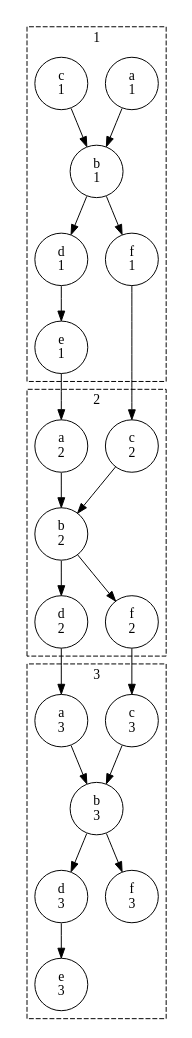
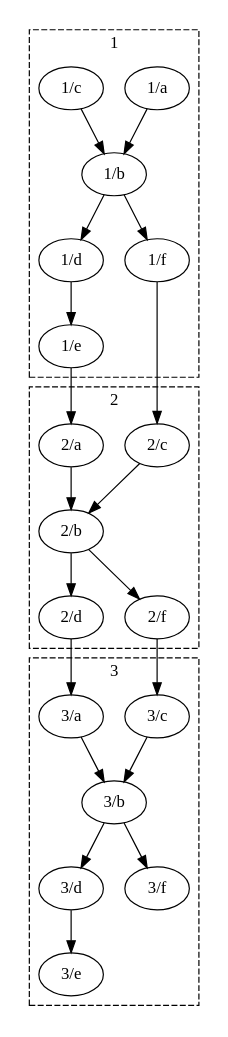
Before and after one commit to cylc/cylc-doc: the fourth of 4 diagrams in src/tutorial/scheduling/integer-cycling.rst, drawn with Graphviz. The commit also changed other lines of this file, not shown here.

```diff
--- a/src/tutorial/scheduling/integer-cycling.rst
+++ b/src/tutorial/scheduling/integer-cycling.rst
@@ -524,51 +524,51 @@
       .. digraph:: example
         :align: center
 
          size = "4.5,7"
 
          subgraph cluster_1 {
              label = 1
              style = dashed
-             "1/a" [label="a\n1"]
-             "1/b" [label="b\n1"]
-             "1/d" [label="d\n1"]
-             "1/f" [label="f\n1"]
-             "1/c" [label="c\n1"]
-             "1/e" [label="e\n1"]
+             "1/a" [label="1/a"]
+             "1/b" [label="1/b"]
+             "1/d" [label="1/d"]
+             "1/f" [label="1/f"]
+             "1/c" [label="1/c"]
+             "1/e" [label="1/e"]
          }
 
          subgraph cluster_2 {
              label = 2
              style = dashed
-             "2/a" [label="a\n2"]
-             "2/b" [label="b\n2"]
-             "2/d" [label="d\n2"]
-             "2/f" [label="f\n2"]
-             "2/c" [label="c\n2"]
+             "2/a" [label="2/a"]
+             "2/b" [label="2/b"]
+             "2/d" [label="2/d"]
+             "2/f" [label="2/f"]
+             "2/c" [label="2/c"]
          }
 
          subgraph cluster_3 {
              label = 3
              style = dashed
-             "3/a" [label="a\n3"]
-             "3/b" [label="b\n3"]
-             "3/d" [label="d\n3"]
-             "3/f" [label="f\n3"]
-             "3/c" [label="c\n3"]
-             "3/e" [label="e\n3"]
+             "3/a" [label="3/a"]
+             "3/b" [label="3/b"]
+             "3/d" [label="3/d"]
+             "3/f" [label="3/f"]
+             "3/c" [label="3/c"]
+             "3/e" [label="3/e"]
          }
 
          "1/a" -> "1/b" -> "1/f"
          "1/b" -> "1/d"
          "1/c" -> "1/b"
          "2/a" -> "2/b" -> "2/f"
          "2/b" -> "2/d"
          "2/c" -> "2/b"
          "3/a" -> "3/b" -> "3/f"
          "3/b" -> "3/d"
          "3/c" -> "3/b"
          "1/d" -> "1/e" -> "2/a"
          "3/d" -> "3/e"
          "2/d" -> "3/a"
          "1/f" -> "2/c"
          "2/f" -> "3/c"
```
